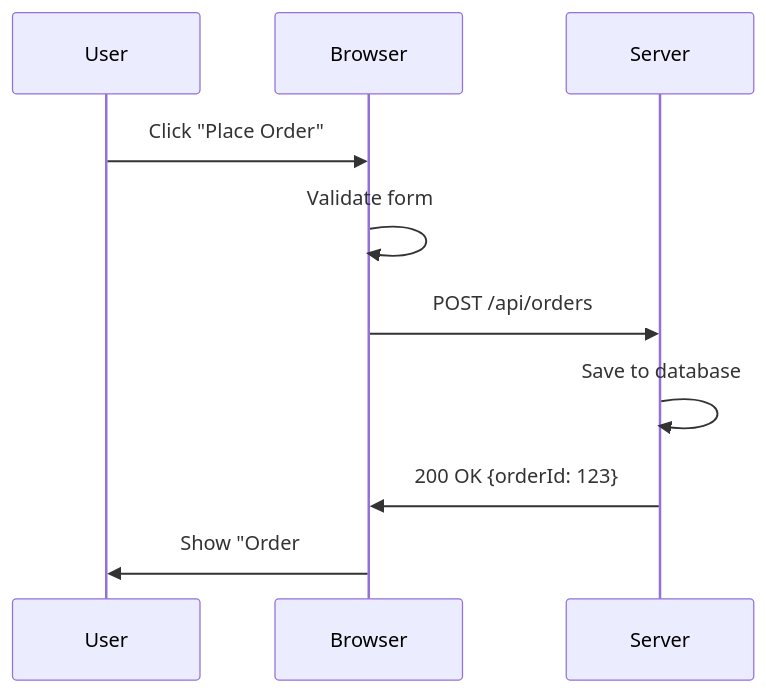
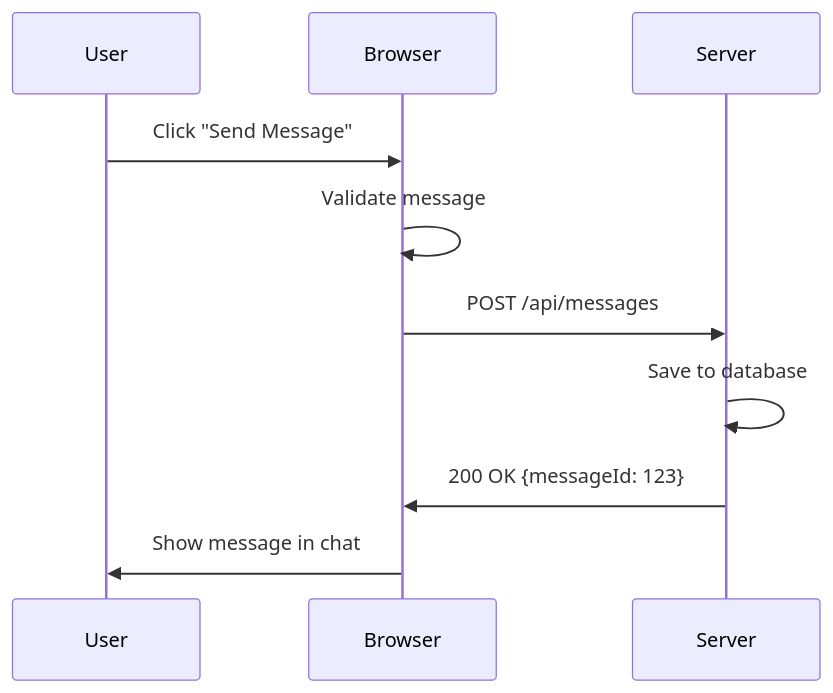
The third of 4 diagrams in website/docs/architectural-views.md (Episk-pos/DevFoundry), drawn with Mermaid before and after one commit. The commit also changed other lines of this file and 153 other files, not shown here.

````diff
--- a/website/docs/architectural-views.md
+++ b/website/docs/architectural-views.md
@@ -176,13 +176,13 @@
 ```mermaid
 sequenceDiagram
     participant U as User
     participant B as Browser
     participant S as Server
 
-    U->>B: Click "Place Order"
-    B->>B: Validate form
-    B->>S: POST /api/orders
+    U->>B: Click "Send Message"
+    B->>B: Validate message
+    B->>S: POST /api/messages
     S->>S: Save to database
-    S->>B: 200 OK {orderId: 123}
-    B->>U: Show "Order #123 confirmed"
+    S->>B: 200 OK {messageId: 123}
+    B->>U: Show message in chat
 ```
````
